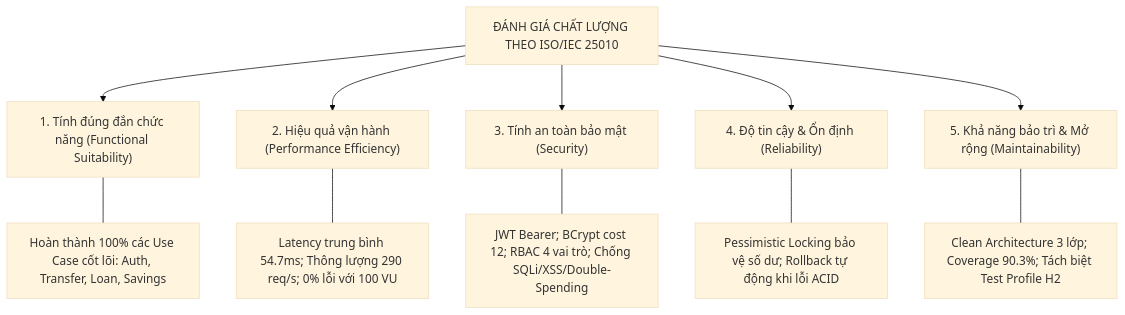
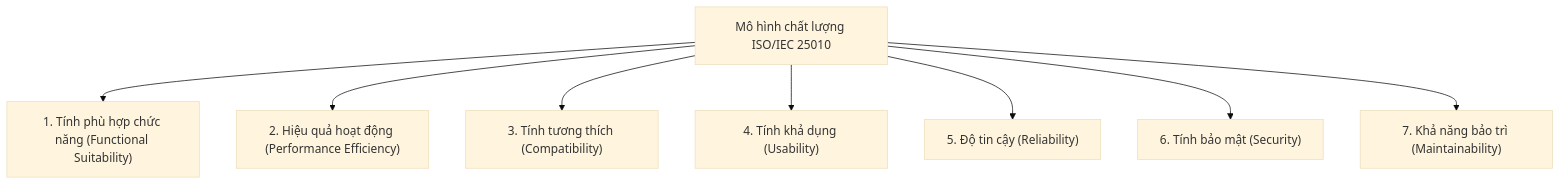
Before and after one commit to ngthanhs1/Kiemthu_MiniBank: diagram 27 of 27 in docs/final_report/BAO_CAO_KIEM_DINH_CHAT_LUONG_PHAN_MEM_MINIBANK.md, drawn with Mermaid (base theme). The commit also changed other lines of this file and 76 other files, not shown here.

````diff
--- a/docs/final_report/BAO_CAO_KIEM_DINH_CHAT_LUONG_PHAN_MEM_MINIBANK.md
+++ b/docs/final_report/BAO_CAO_KIEM_DINH_CHAT_LUONG_PHAN_MEM_MINIBANK.md
@@ -1609,15 +1918,11 @@
 ```mermaid
-flowchart TD
-    ISO["ĐÁNH GIÁ CHẤT LƯỢNG THEO ISO/IEC 25010"]
-    ISO --> C1["1. Tính đúng đắn chức năng (Functional Suitability)"]
-    ISO --> C2["2. Hiệu quả vận hành (Performance Efficiency)"]
-    ISO --> C3["3. Tính an toàn bảo mật (Security)"]
-    ISO --> C4["4. Độ tin cậy & Ổn định (Reliability)"]
-    ISO --> C5["5. Khả năng bảo trì & Mở rộng (Maintainability)"]
-
-    C1 --- C1_D["Hoàn thành 100% các Use Case cốt lõi: Auth, Transfer, Loan, Savings"]
-    C2 --- C2_D["Latency trung bình 54.7ms; Thông lượng 290 req/s; 0% lỗi với 100 VU"]
-    C3 --- C3_D["JWT Bearer; BCrypt cost 12; RBAC 4 vai trò; Chống SQLi/XSS/Double-Spending"]
-    C4 --- C4_D["Pessimistic Locking bảo vệ số dư; Rollback tự động khi lỗi ACID"]
-    C5 --- C5_D["Clean Architecture 3 lớp; Coverage 90.3%; Tách biệt Test Profile H2"]
+graph TD
+    ISO["Mô hình chất lượng ISO/IEC 25010"]
+    ISO --> F["1. Tính phù hợp chức năng (Functional Suitability)"]
+    ISO --> P["2. Hiệu quả hoạt động (Performance Efficiency)"]
+    ISO --> C["3. Tính tương thích (Compatibility)"]
+    ISO --> U["4. Tính khả dụng (Usability)"]
+    ISO --> R["5. Độ tin cậy (Reliability)"]
+    ISO --> S["6. Tính bảo mật (Security)"]
+    ISO --> M["7. Khả năng bảo trì (Maintainability)"]
 ```
````
